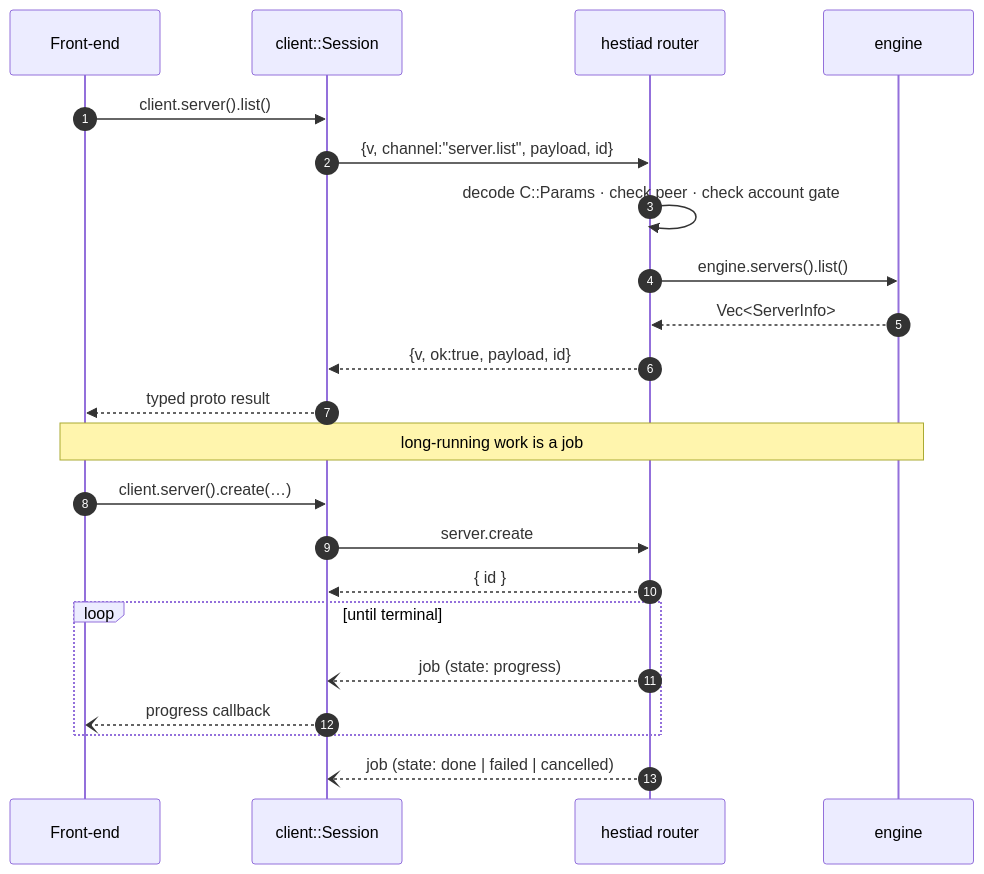
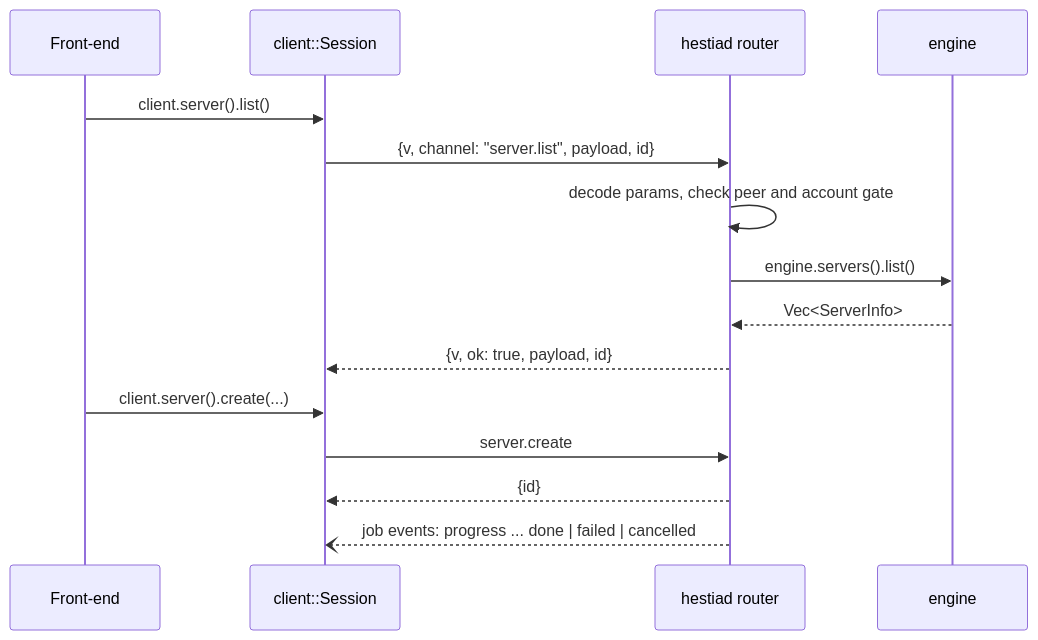
The third of 3 diagrams in docs/architecture.md (prytaneum/hestia), drawn with Mermaid before and after one commit. The commit also changed other lines of this file and 11 other files, not shown here.

Commit message:
docs(architecture): describe the current system only

````diff
--- a/docs/architecture.md
+++ b/docs/architecture.md
@@ -116,27 +72,17 @@
 ```mermaid
 sequenceDiagram
-    autonumber
     participant F as Front-end
     participant S as client::Session
     participant D as hestiad router
     participant E as engine
-
     F->>S: client.server().list()
-    S->>D: {v, channel:"server.list", payload, id}
-    D->>D: decode C::Params · check peer · check account gate
+    S->>D: {v, channel: "server.list", payload, id}
+    D->>D: decode params, check peer and account gate
     D->>E: engine.servers().list()
     E-->>D: Vec<ServerInfo>
-    D-->>S: {v, ok:true, payload, id}
-    S-->>F: typed proto result
-
-    Note over F,E: long-running work is a job
-
-    F->>S: client.server().create(…)
+    D-->>S: {v, ok: true, payload, id}
+    F->>S: client.server().create(...)
     S->>D: server.create
-    D-->>S: { id }
-    loop until terminal
-        D--)S: job (state: progress)
-        S--)F: progress callback
-    end
-    D--)S: job (state: done | failed | cancelled)
+    D-->>S: {id}
+    D--)S: job events: progress ... done | failed | cancelled
 ```
````
